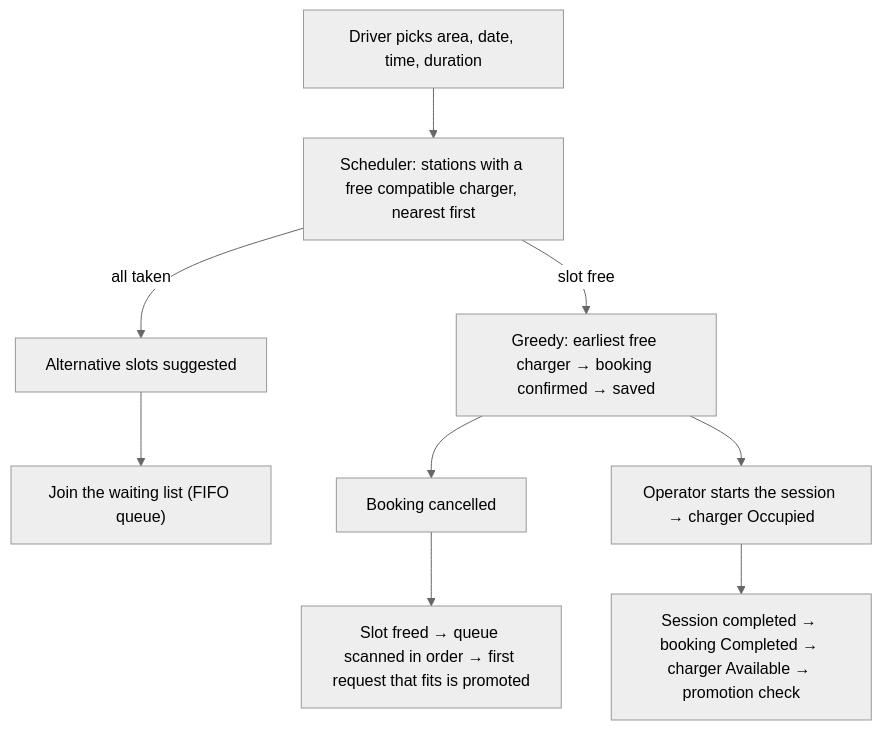
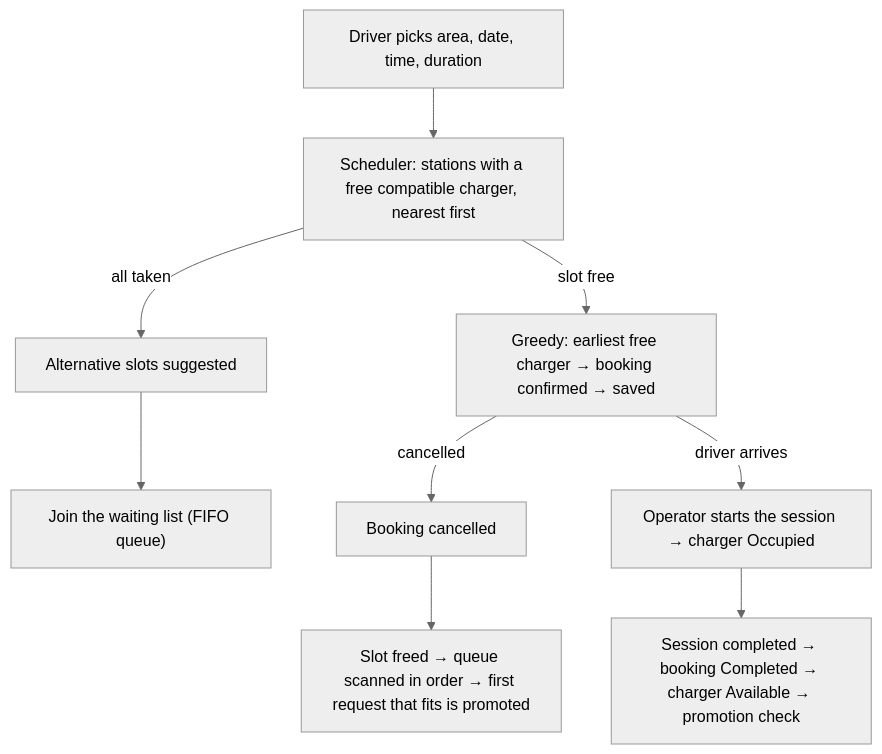
Before and after one commit to Amratef0/Chargespot: the second of 2 diagrams in README.md, drawn with Mermaid (neutral theme). The commit also changed other lines of this file, not shown here.

````diff
--- a/README.md
+++ b/README.md
@@ -116,11 +165,11 @@
 ```mermaid
 flowchart TD
-    A["Driver picks area, date, time, duration"] --> B["Scheduler: stations with a free compatible charger, nearest first"]
-    B -->|slot free| C["Greedy: earliest free charger → booking confirmed → saved"]
-    B -->|all taken| D["Alternative slots suggested"]
-    D --> E["Join the waiting list (FIFO queue)"]
-    C --> F["Booking cancelled"]
-    F --> G["Slot freed → queue scanned in order → first request that fits is promoted"]
-    C --> H["Operator starts the session → charger Occupied"]
-    H --> I["Session completed → booking Completed → charger Available → promotion check"]
+    A["Driver picks area, date, time, duration"] --> B["Scheduler: stations with a free compatible charger, nearest first"]
+    B -->|slot free| C["Greedy: earliest free charger → booking confirmed → saved"]
+    B -->|all taken| D["Alternative slots suggested"]
+    D --> E["Join the waiting list (FIFO queue)"]
+    C -->|cancelled| F["Booking cancelled"]
+    F --> G["Slot freed → queue scanned in order → first request that fits is promoted"]
+    C -->|driver arrives| H["Operator starts the session → charger Occupied"]
+    H --> I["Session completed → booking Completed → charger Available → promotion check"]
 ```
````
